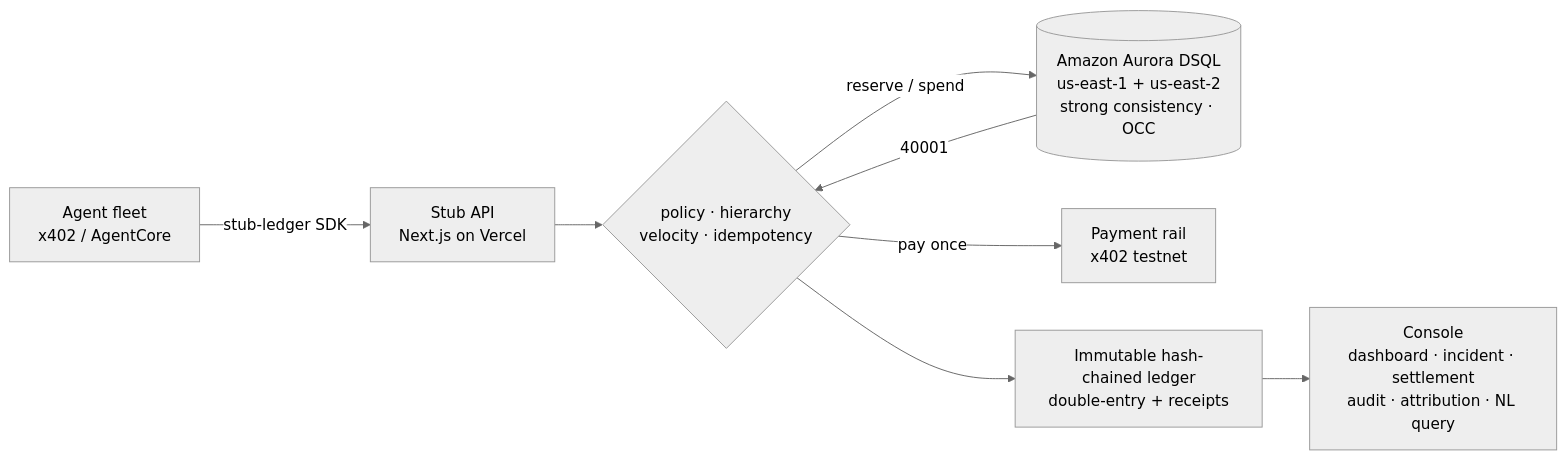
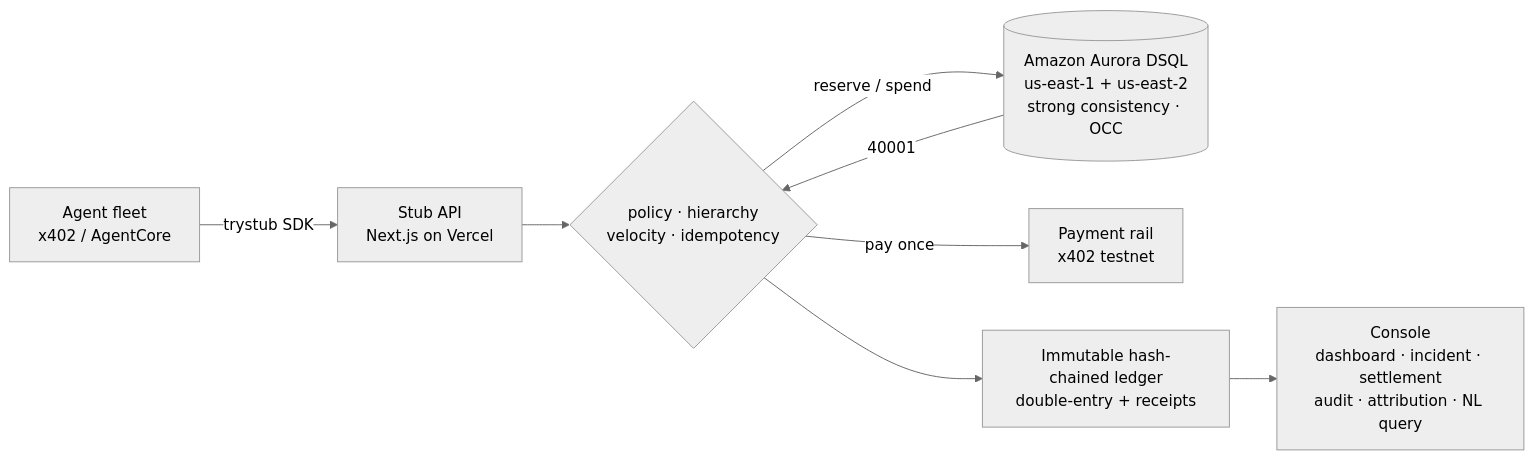
One commit to ashutosh887/stub changed the diagram in README.md. Above: the diagram before and after it, drawn with Mermaid (neutral theme). The commit also changed other lines of this file and 5 other files, not shown here.

First line of the commit message:
docs: add LICENSE and CONTRIBUTING, release SDK as trystub 1.0.0

````diff
--- a/README.md
+++ b/README.md
@@ -108,10 +108,10 @@
 ```mermaid
 flowchart LR
-  A[Agent fleet<br/>x402 / AgentCore] -->|stub-ledger SDK| B[Stub API<br/>Next.js on Vercel]
+  A[Agent fleet<br/>x402 / AgentCore] -->|trystub SDK| B[Stub API<br/>Next.js on Vercel]
   B --> C{policy · hierarchy<br/>velocity · idempotency}
   C -->|reserve / spend| D[(Amazon Aurora DSQL<br/>us-east-1 + us-east-2<br/>strong consistency · OCC)]
   D -->|40001| C
   C -->|pay once| P[Payment rail<br/>x402 testnet]
   C --> L[Immutable hash-chained ledger<br/>double-entry + receipts]
   L --> V[Console<br/>dashboard · incident · settlement<br/>audit · attribution · NL query]
 ```
````
